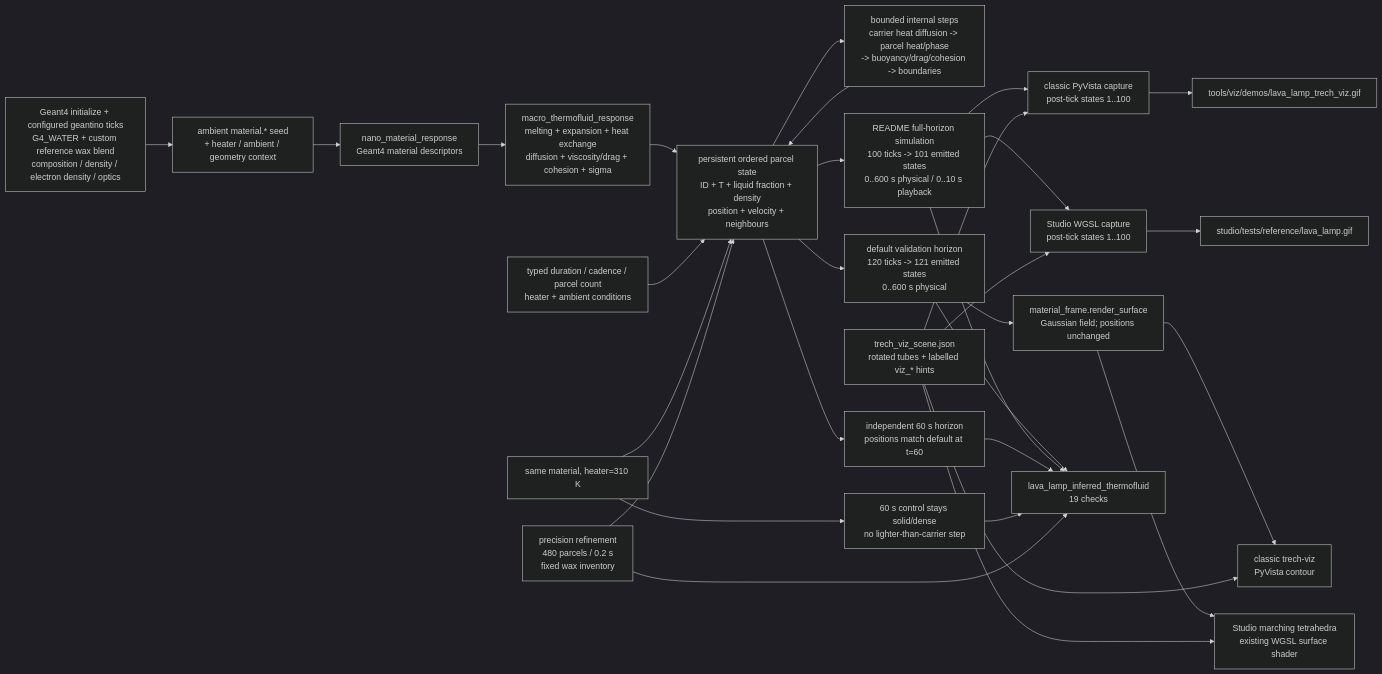
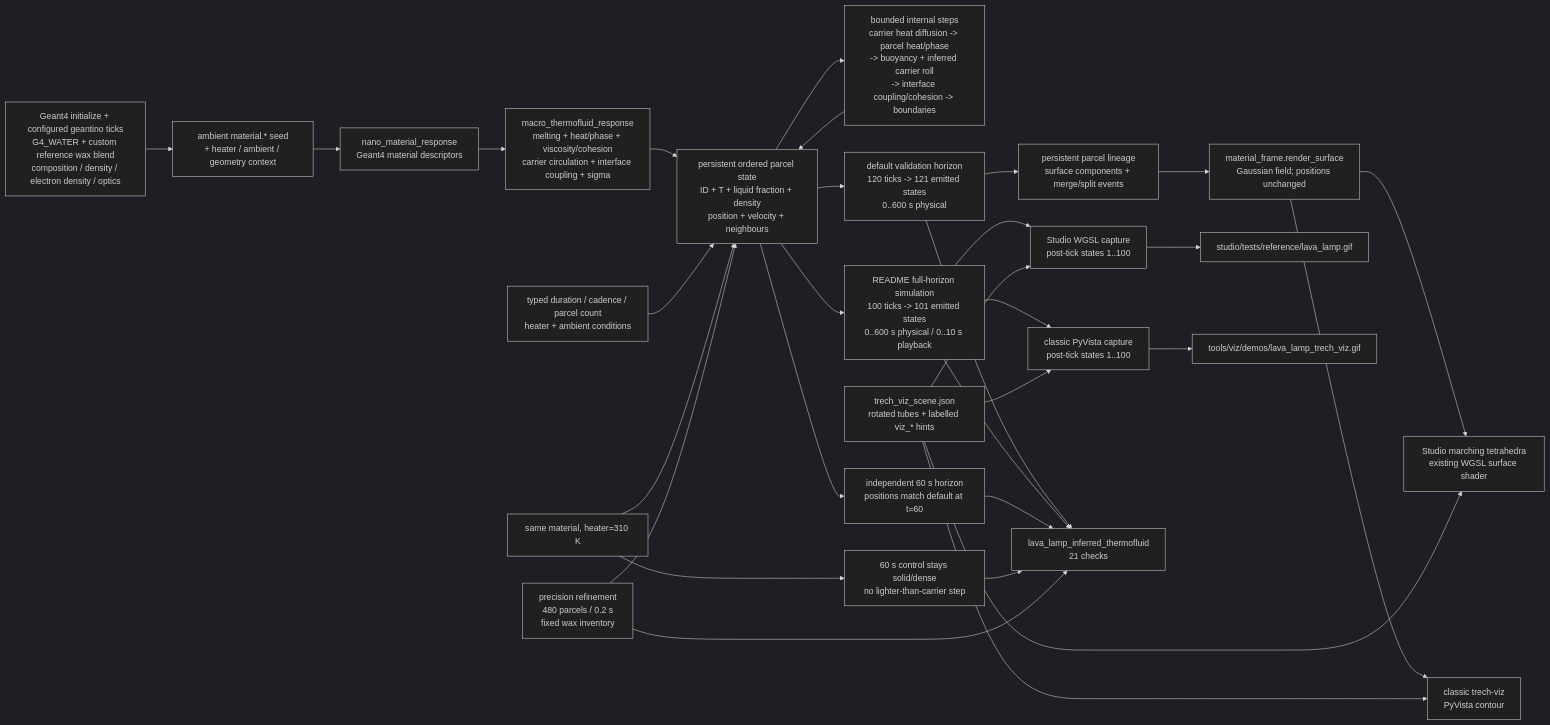
One commit to Geckos-Ink/trech changed diagram 14 of 24 in CHARTS.md. Above: the diagram before and after it, drawn with Mermaid (dark theme). The commit also changed 16 other files, not shown here.

Commit message:
fix: make lava blobs visibly merge and split

````diff
--- a/CHARTS.md
+++ b/CHARTS.md
@@ -306,32 +306,33 @@
 ```mermaid
 flowchart LR
   G4["Geant4 initialize + configured geantino ticks\nG4_WATER + custom reference wax blend\ncomposition / density / electron density / optics"] --> SEED["ambient material.* seed\n+ heater / ambient / geometry context"]
   SEED --> NANO["nano_material_response\nGeant4 material descriptors"]
-  NANO --> MACRO["macro_thermofluid_response\nmelting + expansion + heat exchange\ndiffusion + viscosity/drag + cohesion + sigma"]
+  NANO --> MACRO["macro_thermofluid_response\nmelting + heat/phase + viscosity/cohesion\ncarrier circulation + interface coupling + sigma"]
   MACRO --> STATE["persistent ordered parcel state\nID + T + liquid fraction + density\nposition + velocity + neighbours"]
   PARAM["typed duration / cadence / parcel count\nheater + ambient conditions"] --> STATE
-  STATE --> STEP["bounded internal steps\ncarrier heat diffusion -> parcel heat/phase\n-> buoyancy/drag/cohesion -> boundaries"]
+  STATE --> STEP["bounded internal steps\ncarrier heat diffusion -> parcel heat/phase\n-> buoyancy + inferred carrier roll\n-> interface coupling/cohesion -> boundaries"]
   STEP --> STATE
   STATE --> DEFAULT["default validation horizon\n120 ticks -> 121 emitted states\n0..600 s physical"]
   STATE --> README["README full-horizon simulation\n100 ticks -> 101 emitted states\n0..600 s physical / 0..10 s playback"]
   STATE --> HORIZON["independent 60 s horizon\npositions match default at t=60"]
   CONTROL["same material, heater=310 K"] --> STATE
   CONTROL --> COOL["60 s control stays solid/dense\nno lighter-than-carrier step"]
   PRECISION["precision refinement\n480 parcels / 0.2 s\nfixed wax inventory"] --> STATE
-  DEFAULT --> SURFACE["material_frame.render_surface\nGaussian field; positions unchanged"]
+  DEFAULT --> LINEAGE["persistent parcel lineage\nsurface components + merge/split events"]
+  LINEAGE --> SURFACE["material_frame.render_surface\nGaussian field; positions unchanged"]
   SURFACE --> STUDIO["Studio marching tetrahedra\nexisting WGSL surface shader"]
   SURFACE --> CLASSIC["classic trech-viz\nPyVista contour"]
   README --> STUDIOGIF["Studio WGSL capture\npost-tick states 1..100"]
   README --> CLASSICGIF["classic PyVista capture\npost-tick states 1..100"]
   SCENE["trech_viz_scene.json\nrotated tubes + labelled viz_* hints"] --> STUDIO
   SCENE --> CLASSIC
   SCENE --> STUDIOGIF
   SCENE --> CLASSICGIF
   STUDIOGIF --> SGIF["studio/tests/reference/lava_lamp.gif"]
   CLASSICGIF --> CGIF["tools/viz/demos/lava_lamp_trech_viz.gif"]
-  DEFAULT --> VAL["lava_lamp_inferred_thermofluid\n19 checks"]
+  DEFAULT --> VAL["lava_lamp_inferred_thermofluid\n21 checks"]
   README --> VAL
   HORIZON --> VAL
   COOL --> VAL
   PRECISION --> VAL
 ```
````
